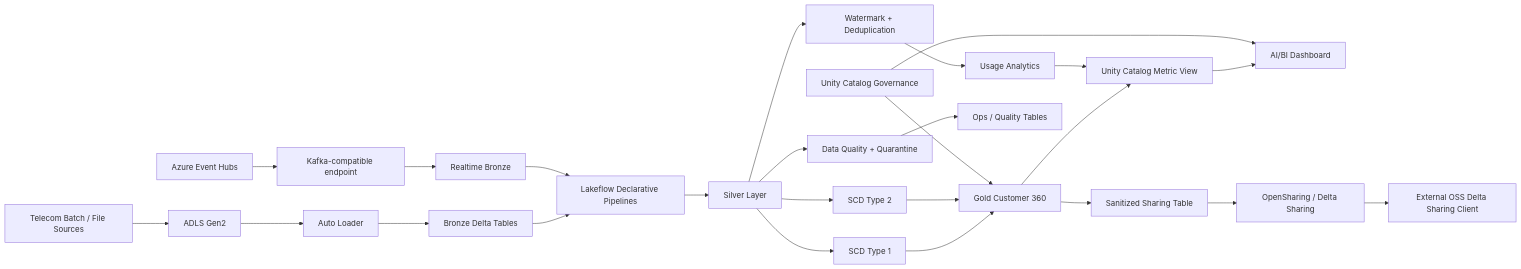
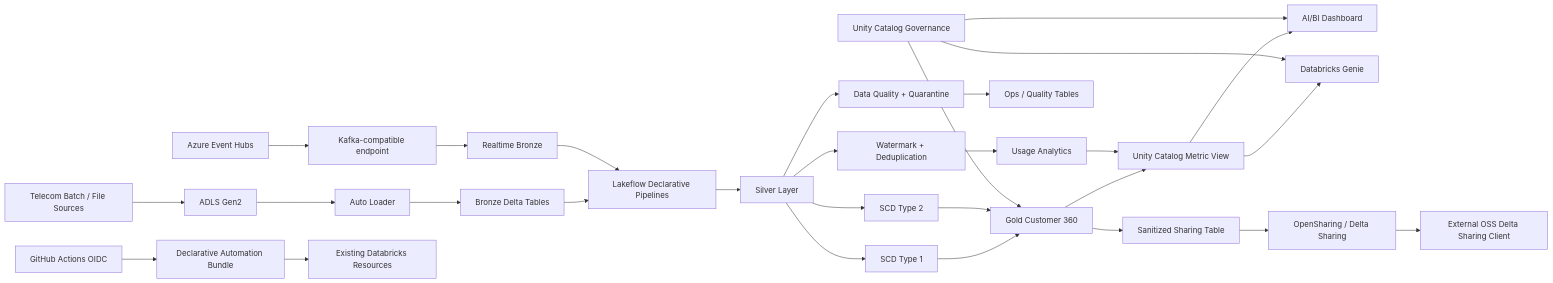
Before and after one commit to Vishnu567456/azure-telecom-customer360: the diagram in README.md, drawn with Mermaid. The commit also changed other lines of this file, not shown here.

Commit message:
Mark Genie and secretless GitHub Databricks CD verified

````diff
--- a/README.md
+++ b/README.md
@@ -11,29 +11,33 @@
 ```mermaid
 flowchart LR
     A[Telecom Batch / File Sources] --> B[ADLS Gen2]
     B --> C[Auto Loader]
     C --> D[Bronze Delta Tables]
 
     EH[Azure Event Hubs] --> EK[Kafka-compatible endpoint]
     EK --> ER[Realtime Bronze]
 
     D --> E[Lakeflow Declarative Pipelines]
     ER --> E
     E --> F[Silver Layer]
     F --> G[SCD Type 1]
     F --> H[SCD Type 2]
     F --> I[Watermark + Deduplication]
     F --> J[Data Quality + Quarantine]
     G --> K[Gold Customer 360]
     H --> K
     I --> L[Usage Analytics]
     J --> M[Ops / Quality Tables]
     K --> N[Unity Catalog Metric View]
     L --> N
     N --> O[AI/BI Dashboard]
+    N --> GN[Databricks Genie]
     P[Unity Catalog Governance] --> K
     P --> O
+    P --> GN
     K --> S[Sanitized Sharing Table]
     S --> OS[OpenSharing / Delta Sharing]
     OS --> EC[External OSS Delta Sharing Client]
+    GH[GitHub Actions OIDC] --> DAB[Declarative Automation Bundle]
+    DAB --> WS[Existing Databricks Resources]
 ```
````
